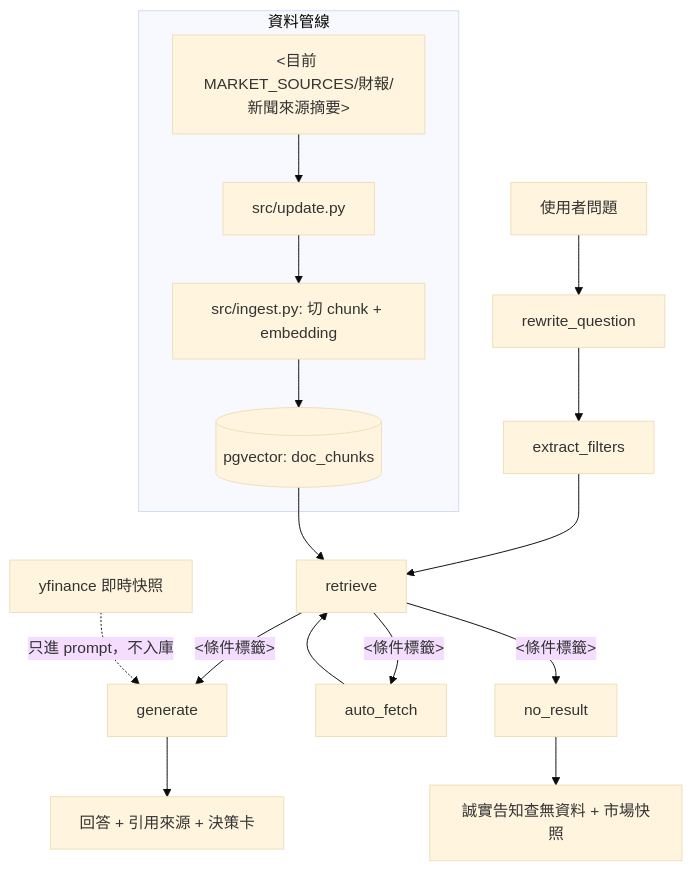
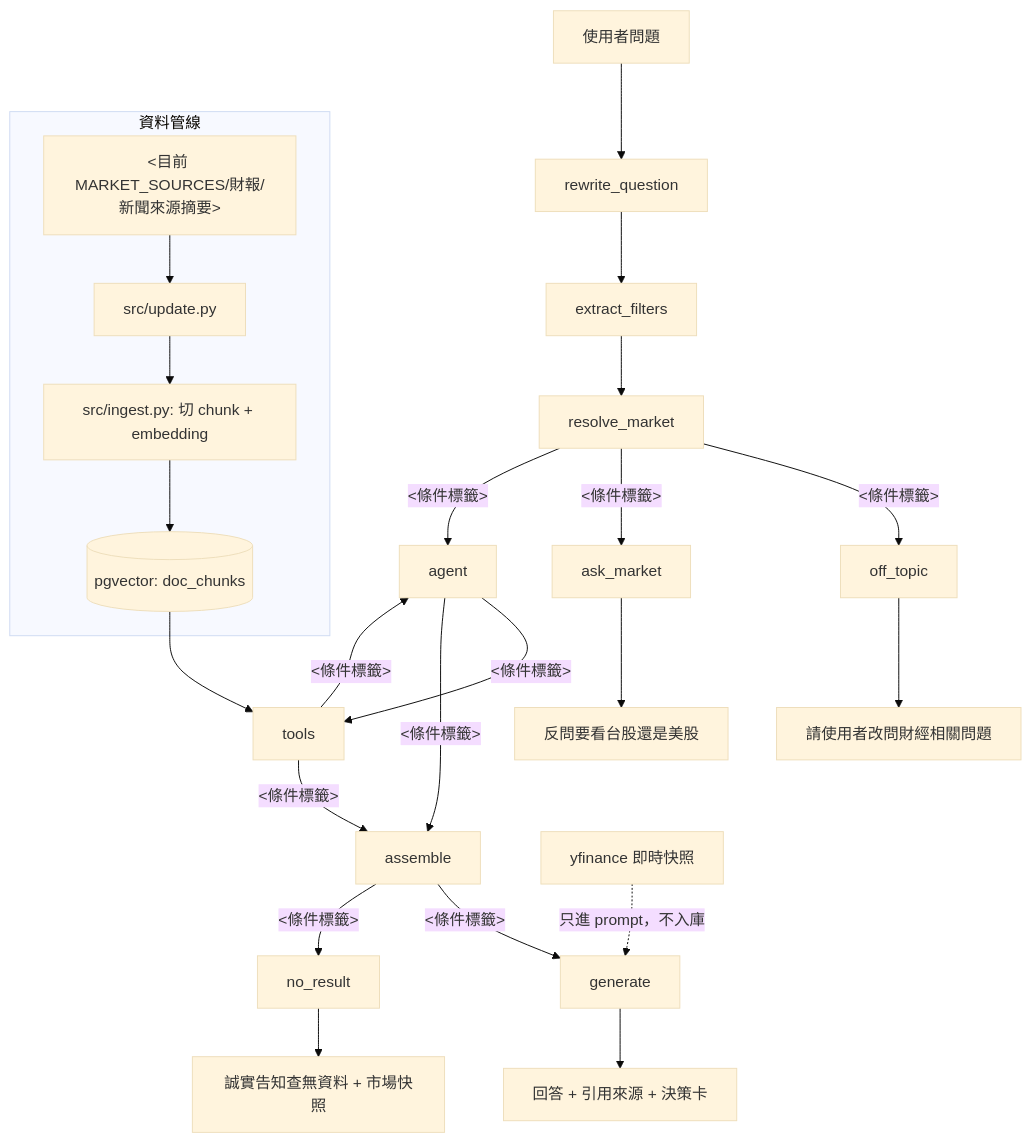
One commit to thelilywang/finance-ai-assistant changed the diagram in .claude/skills/sync-graph-diagram/SKILL.md. Above: the diagram before and after it, drawn with Mermaid (base theme). The commit also changed other lines of this file, not shown here.

First line of the commit message:
docs(skill): run build_graph in the container for the graph diagram

````diff
--- a/.claude/skills/sync-graph-diagram/SKILL.md
+++ b/.claude/skills/sync-graph-diagram/SKILL.md
@@ -30,20 +46,27 @@
 ```mermaid
 flowchart TD
     U[使用者問題] --> RW[rewrite_question]
     RW --> EF[extract_filters]
-    EF --> RT[retrieve]
-    RT -->|<條件標籤>| GEN[generate]
-    RT -->|<條件標籤>| AF[auto_fetch]
-    AF --> RT
-    RT -->|<條件標籤>| NR[no_result]
+    EF --> RM[resolve_market]
+    RM -->|<條件標籤>| OT[off_topic]
+    RM -->|<條件標籤>| AM[ask_market]
+    RM -->|<條件標籤>| AG[agent]
+    AG -->|<條件標籤>| TL[tools]
+    AG -->|<條件標籤>| AS[assemble]
+    TL -->|<條件標籤>| AS
+    TL -->|<條件標籤>| AG
+    AS -->|<條件標籤>| GEN[generate]
+    AS -->|<條件標籤>| NR[no_result]
     GEN --> A[回答 + 引用來源 + 決策卡]
     NR --> B[誠實告知查無資料 + 市場快照]
+    OT --> C[請使用者改問財經相關問題]
+    AM --> D[反問要看台股還是美股]
 
     subgraph 資料管線
         SRC[<目前 MARKET_SOURCES/財報/新聞來源摘要>] --> UP[src/update.py]
         UP --> ING[src/ingest.py: 切 chunk + embedding]
         ING --> PG[(pgvector: doc_chunks)]
     end
-    PG --> RT
+    PG --> TL
     YF[yfinance 即時快照] -.只進 prompt，不入庫.-> GEN
 ```
````
